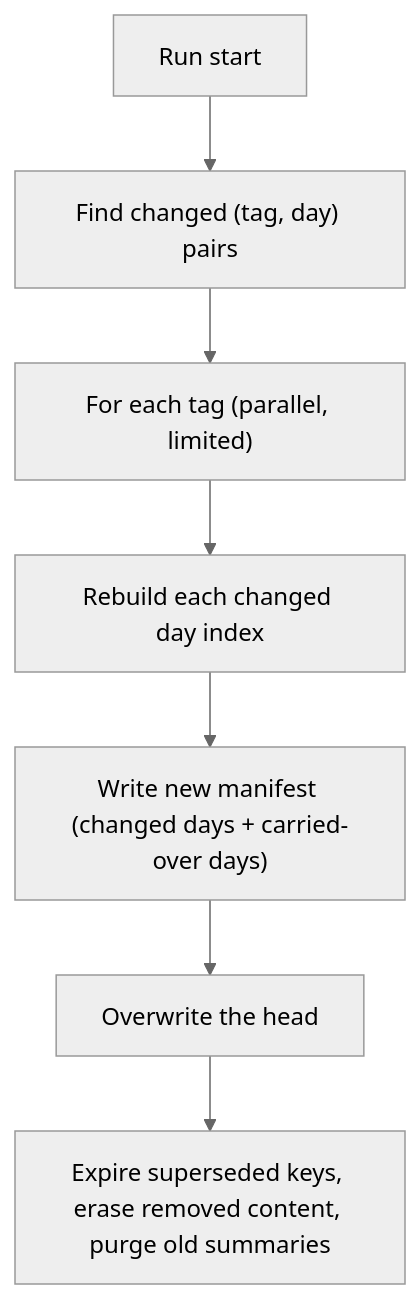
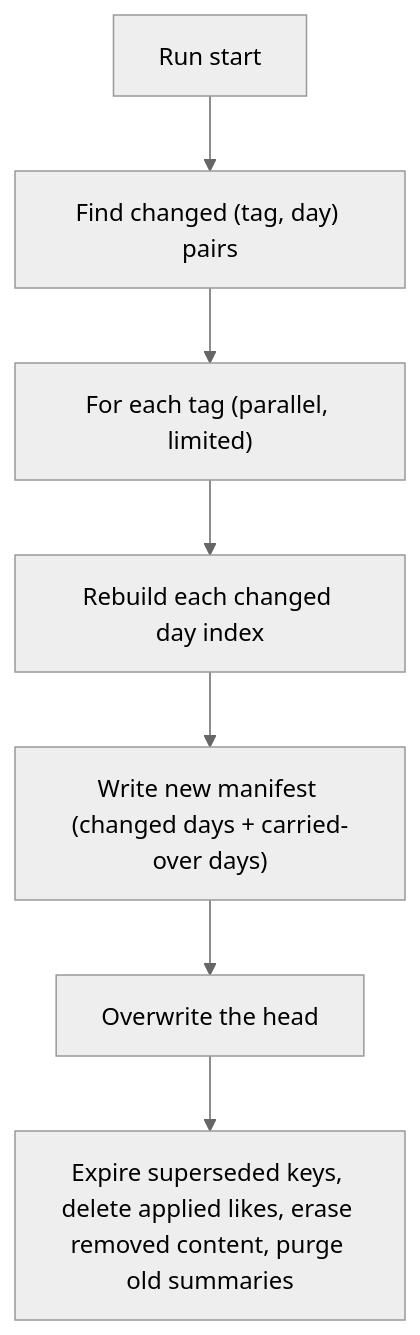
One commit to techfalos/evieverse changed the sixth of 6 diagrams in APP.md. Above: the diagram before and after it, drawn with Mermaid (neutral theme). The commit also changed other lines of this file and 141 other files, not shown here.

````diff
--- a/APP.md
+++ b/APP.md
@@ -555,9 +773,9 @@
 ```mermaid
 flowchart TD
   start[Run start] --> find["Find changed (tag, day) pairs"]
   find --> perTag["For each tag (parallel, limited)"]
   perTag --> rebuild["Rebuild each changed day index"]
   rebuild --> manifest["Write new manifest (changed days + carried-over days)"]
   manifest --> swap["Overwrite the head"]
-  swap --> clean["Expire superseded keys, erase removed content, purge old summaries"]
+  swap --> clean["Expire superseded keys, delete applied likes, erase removed content, purge old summaries"]
 ```
````
